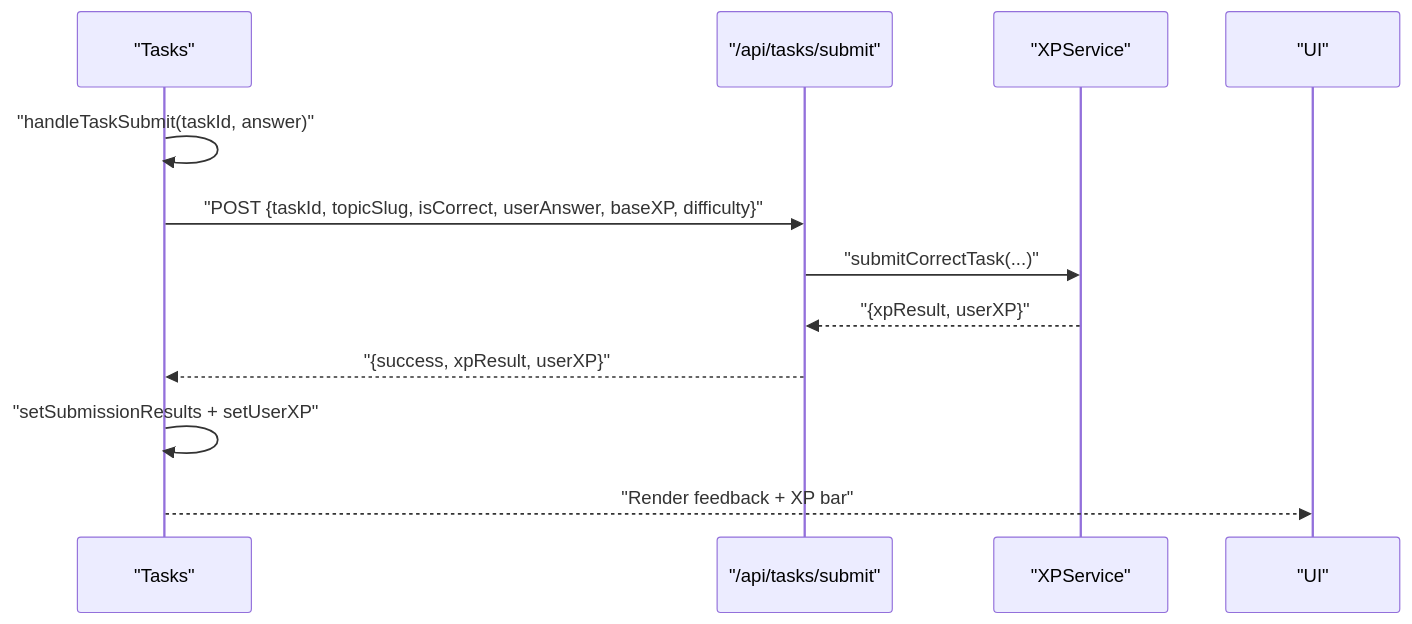
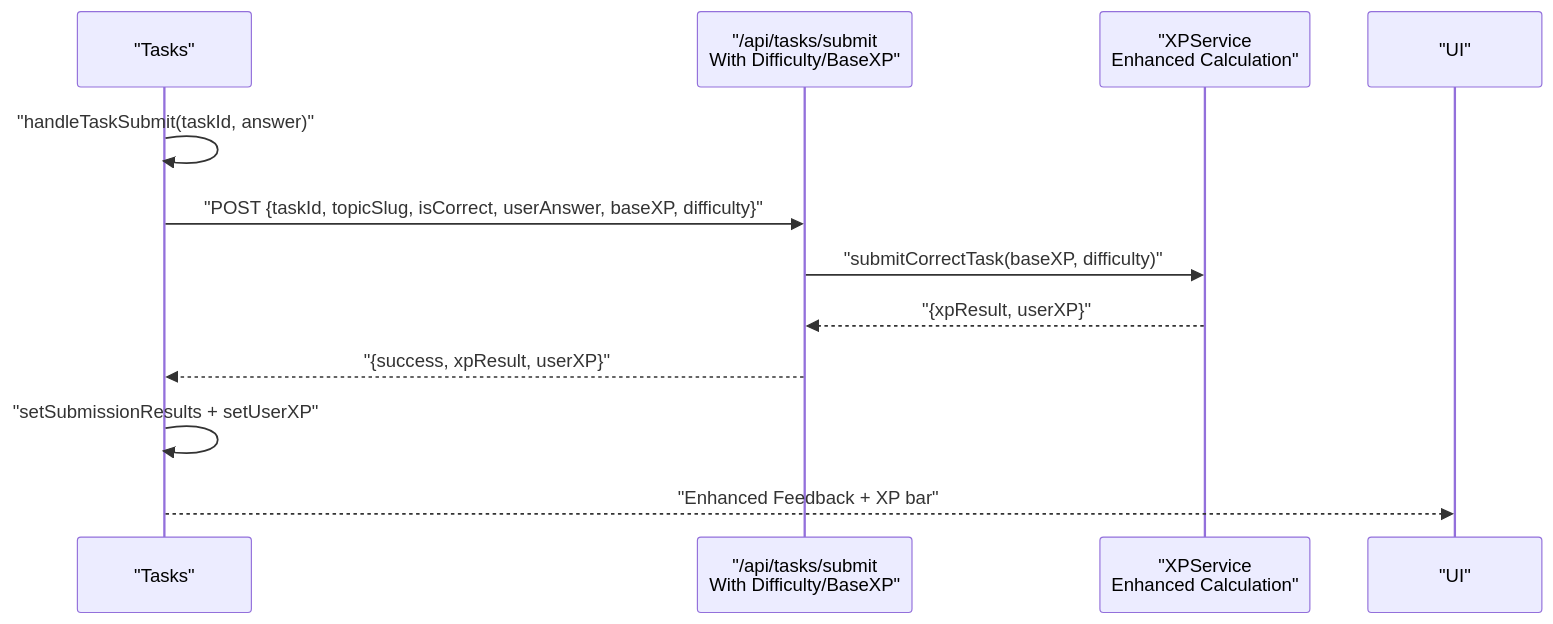
The fourth of 5 diagrams in .qoder/repowiki/en/content/Core Features/Learning Interface/Multiple Choice Tasks.md (AlexKutz/math-app-next-js), drawn with Mermaid before and after one commit. The commit also changed other lines of this file and 9 other files, not shown here.

````diff
--- a/.qoder/repowiki/en/content/Core Features/Learning Interface/Multiple Choice Tasks.md
+++ b/.qoder/repowiki/en/content/Core Features/Learning Interface/Multiple Choice Tasks.md
@@ -242,14 +261,14 @@
 ```mermaid
 sequenceDiagram
 participant TS as "Tasks"
-participant API as "/api/tasks/submit"
-participant SVC as "XPService"
+participant API as "/api/tasks/submit<br/>With Difficulty/BaseXP"
+participant SVC as "XPService<br/>Enhanced Calculation"
 participant UI as "UI"
 TS->>TS : "handleTaskSubmit(taskId, answer)"
 TS->>API : "POST {taskId, topicSlug, isCorrect, userAnswer, baseXP, difficulty}"
-API->>SVC : "submitCorrectTask(...)"
+API->>SVC : "submitCorrectTask(baseXP, difficulty)"
 SVC-->>API : "{xpResult, userXP}"
 API-->>TS : "{success, xpResult, userXP}"
 TS->>TS : "setSubmissionResults + setUserXP"
-TS-->>UI : "Render feedback + XP bar"
+TS-->>UI : "Enhanced Feedback + XP bar"
 ```
````
